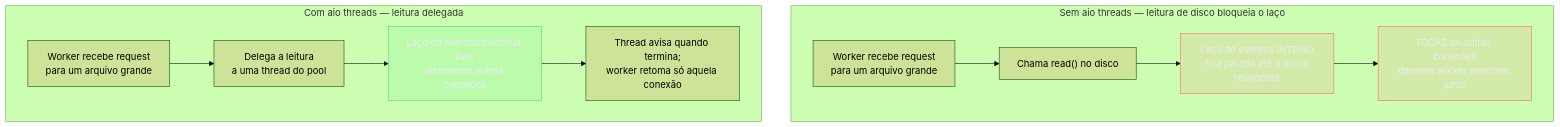
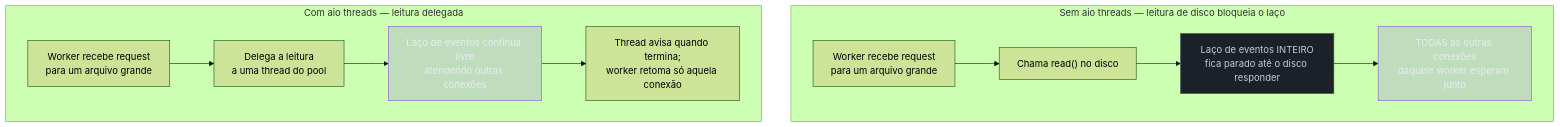
Before and after one commit to josenaldo/codex-technomanticus: the sixth of 6 diagrams in 03-Dominios/Tecnologia/Infraestrutura/Nginx/01 - O problema que o Nginx resolve.md, drawn with Mermaid (forest theme). The commit also changed 601 other files, not shown here.

````diff
--- a/03-Dominios/Tecnologia/Infraestrutura/Nginx/01 - O problema que o Nginx resolve.md
+++ b/03-Dominios/Tecnologia/Infraestrutura/Nginx/01 - O problema que o Nginx resolve.md
@@ -289,20 +289,20 @@
 ```mermaid
 graph TB
-    classDef falha fill:#FF6B6B24,stroke:#FF6B6B,color:#E9ECF2
-    classDef ok fill:#4ADE8021,stroke:#4ADE80,color:#E9ECF2
+    classDef marca fill:#8855DF33,stroke:#8855DF,color:#E9ECF2
+    classDef neutro fill:#1B2029,stroke:#4E5666,color:#C6CCD8
     subgraph "Sem aio threads — leitura de disco bloqueia o laço"
         A1["Worker recebe request<br/>para um arquivo grande"] --> A2["Chama read() no disco"]
         A2 --> A3["Laço de eventos INTEIRO<br/>fica parado até o disco responder"]
         A3 --> A4["TODAS as outras conexões<br/>daquele worker esperam junto"]
     end
 
     subgraph "Com aio threads — leitura delegada"
         B1["Worker recebe request<br/>para um arquivo grande"] --> B2["Delega a leitura<br/>a uma thread do pool"]
         B2 --> B3["Laço de eventos continua livre<br/>atendendo outras conexões"]
         B3 --> B4["Thread avisa quando termina;<br/>worker retoma só aquela conexão"]
     end
 
-    class A3 falha
-    class A4 falha
-    class B3 ok
+    class A3 neutro
+    class A4 marca
+    class B3 marca
 ```
````
